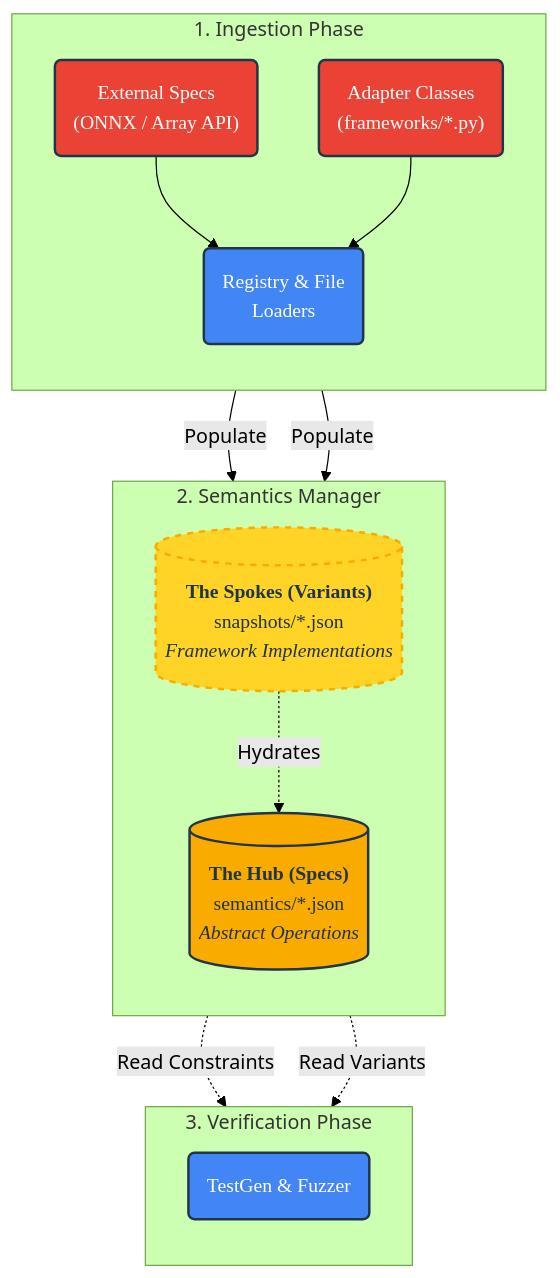
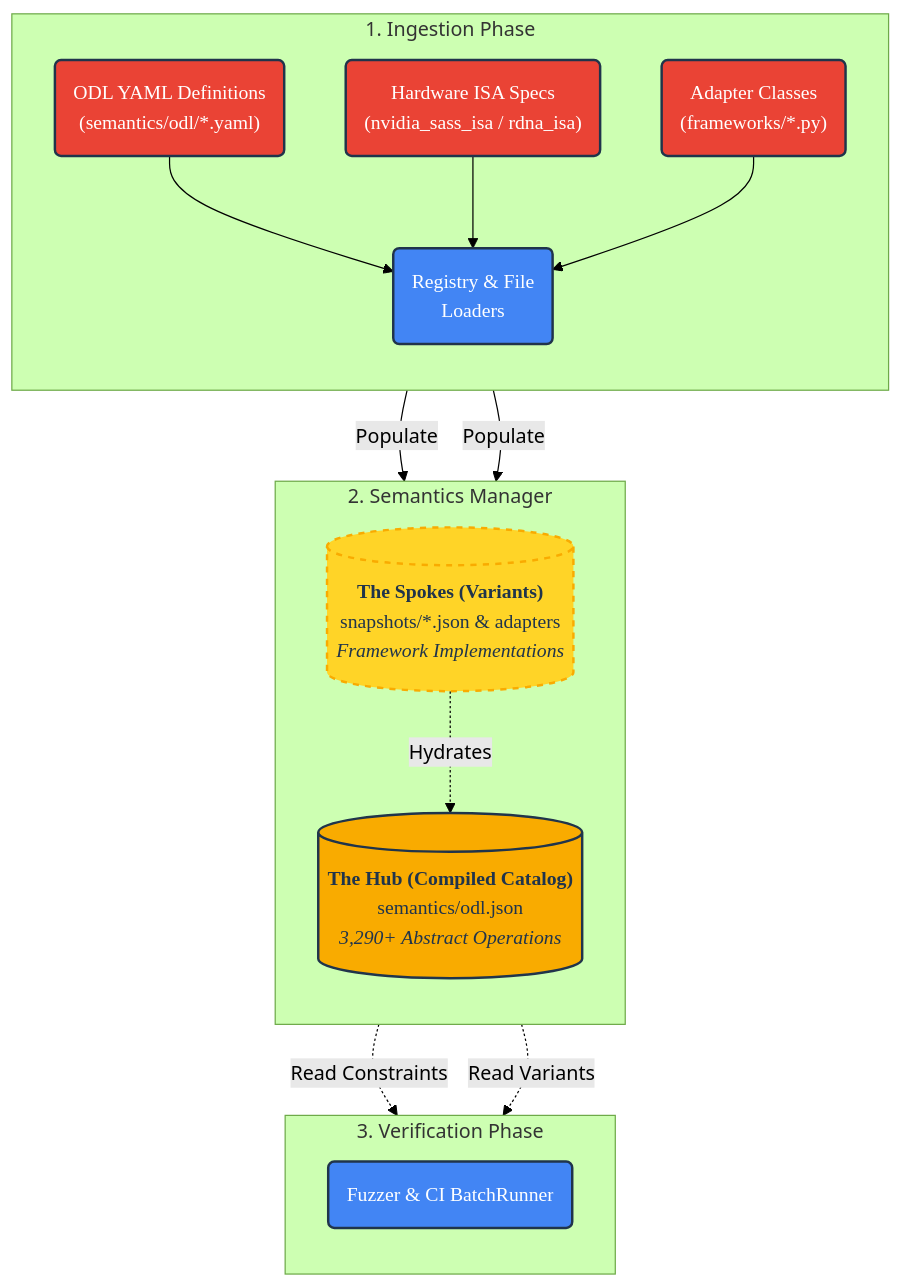
One commit to SamuelMarks/ml-switcheroo changed the first of 2 diagrams in ARCHITECTURE.md. Above: the diagram before and after it, drawn with Mermaid (forest theme). The commit also changed other lines of this file and 7 other files, not shown here.

Commit message:
[*.md] Update docs ; [scripts/audit_against_snapshots.py,tests/test_audit_against_snapshots.py] CI fixes

````diff
--- a/ARCHITECTURE.md
+++ b/ARCHITECTURE.md
@@ -33,45 +28,47 @@
 ```mermaid
 graph TD
     %% --- STYLE DEFINITIONS ---
     classDef default font-family:'Google Sans Normal',color:#20344b,stroke:#20344b;
     classDef input fill:#ea4335,stroke:#20344b,stroke-width:2px,color:#ffffff,font-family:'Google Sans Medium',rx:5px;
     classDef build fill:#4285f4,stroke:#20344b,stroke-width:2px,color:#ffffff,font-family:'Google Sans Medium',rx:5px;
     classDef hub fill:#f9ab00,stroke:#20344b,stroke-width:2px,color:#20344b,font-family:'Google Sans Medium',rx:5px;
     classDef spoke fill:#ffd427,stroke:#f9ab00,stroke-width:2px,stroke-dasharray:5 5,color:#20344b,font-family:'Google Sans Medium',rx:5px;
 
     %% --- PHASE 1: DISCOVERY ---
     subgraph P1 [1. Ingestion Phase]
         direction TB
-        STANDARDS("External Specs<br/>(ONNX / Array API)"):::input
+        STANDARDS("ODL YAML Definitions<br/>(semantics/odl/*.yaml)"):::input
+        HARDWARE_ISA("Hardware ISA Specs<br/>(nvidia_sass_isa / rdna_isa)"):::input
         CODE("Adapter Classes<br/>(frameworks/*.py)"):::input
 
         LOADER("Registry & File<br/>Loaders"):::build
 
         STANDARDS --> LOADER
+        HARDWARE_ISA --> LOADER
         CODE --> LOADER
     end
 
     %% --- PHASE 2: STORAGE ---
     subgraph P2 [2. Semantics Manager]
         direction TB
-        HUB[("<b>The Hub (Specs)</b><br/>semantics/*.json<br/><i>Abstract Operations</i>")]:::hub
-        SPOKE[("<b>The Spokes (Variants)</b><br/>snapshots/*.json<br/><i>Framework Implementations</i>")]:::spoke
+        HUB[("<b>The Hub (Compiled Catalog)</b><br/>semantics/odl.json<br/><i>3,290+ Abstract Operations</i>")]:::hub
+        SPOKE[("<b>The Spokes (Variants)</b><br/>snapshots/*.json & adapters<br/><i>Framework Implementations</i>")]:::spoke
 
         %% Internal Context Link
         SPOKE -.->|"Hydrates"| HUB
     end
 
     %% Flow P1 -> P2
     LOADER -->|"Populate"| HUB
     LOADER -->|"Populate"| SPOKE
 
     %% --- PHASE 3: VERIFICATION ---
     subgraph P3 [3. Verification Phase]
         direction TB
-        TESTER("TestGen & Fuzzer"):::build
+        TESTER("Fuzzer & CI BatchRunner"):::build
     end
 
     %% Flow P2 -> P3
     HUB -.->|"Read Constraints"| TESTER
     SPOKE -.->|"Read Variants"| TESTER
 ```
````
